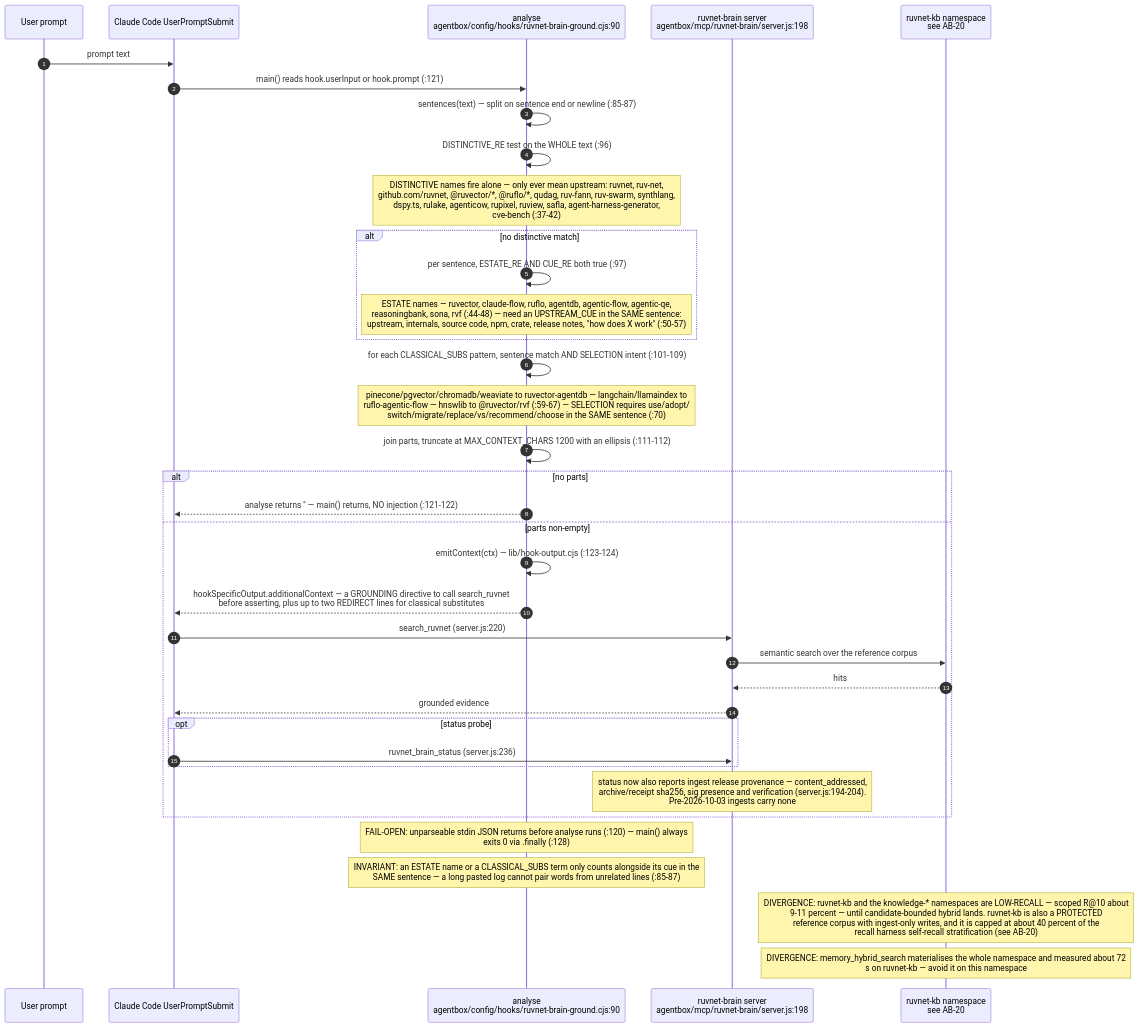
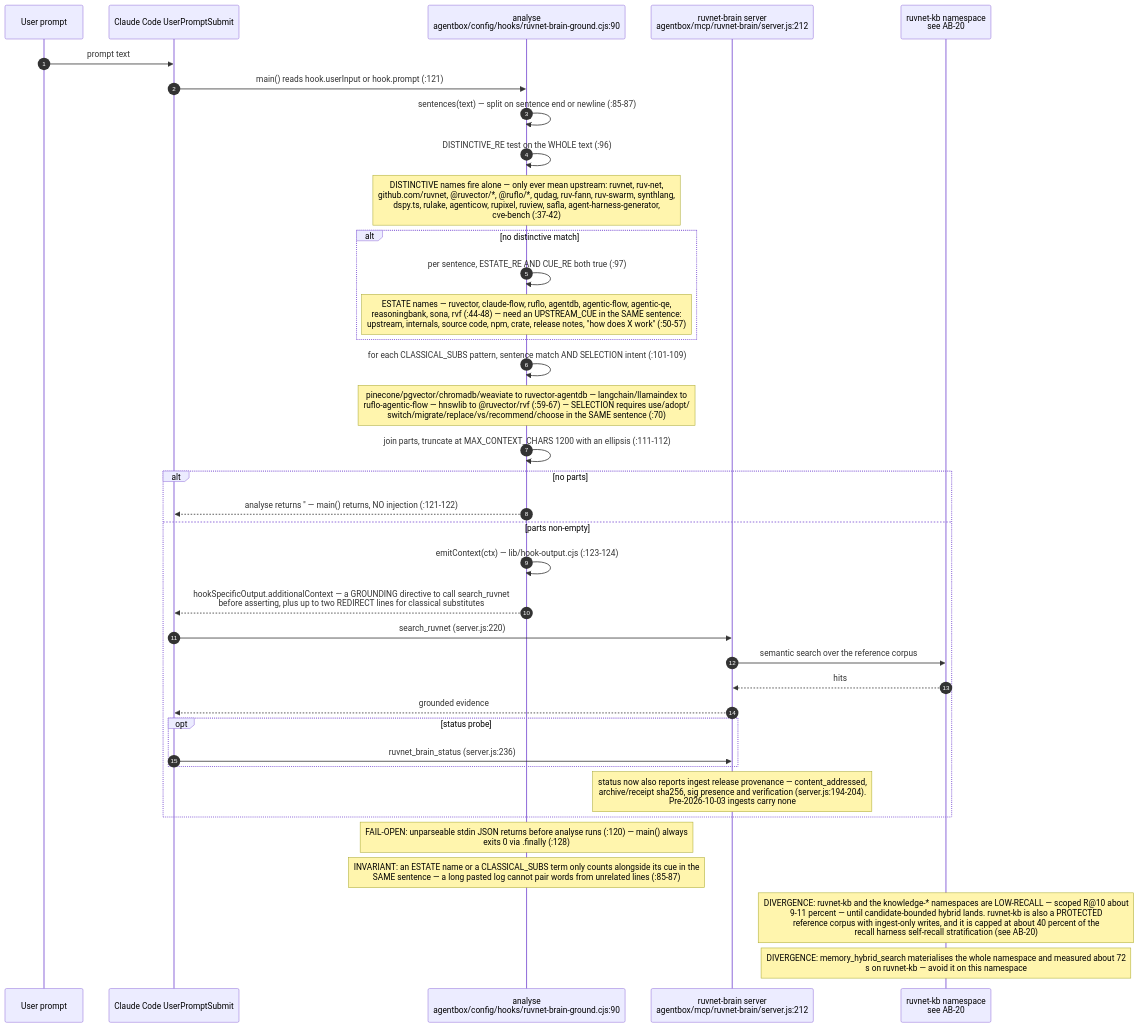
The eighth of 9 diagrams in docs/diagrams/agentbox/26-headroom-beads-spawn-brain.md (DreamLab-AI/VisionFlow), drawn with Mermaid before and after one commit. The commit also changed 39 other files, not shown here.

````diff
--- a/docs/diagrams/agentbox/26-headroom-beads-spawn-brain.md
+++ b/docs/diagrams/agentbox/26-headroom-beads-spawn-brain.md
@@ -324,40 +324,40 @@
 ```mermaid
 sequenceDiagram
     autonumber
     participant U as User prompt
     participant CC as Claude Code UserPromptSubmit
     participant HK as analyse<br/>agentbox/config/hooks/ruvnet-brain-ground.cjs:90
-    participant MCP as ruvnet-brain server<br/>agentbox/mcp/ruvnet-brain/server.js:198
+    participant MCP as ruvnet-brain server<br/>agentbox/mcp/ruvnet-brain/server.js:212
     participant KB as ruvnet-kb namespace<br/>see AB-20
 
     U->>CC: prompt text
     CC->>HK: main() reads hook.userInput or hook.prompt (:121)
     HK->>HK: sentences(text) — split on sentence end or newline (:85-87)
     HK->>HK: DISTINCTIVE_RE test on the WHOLE text (:96)
     Note over HK: DISTINCTIVE names fire alone — only ever mean upstream: ruvnet, ruv-net,<br/>github.com/ruvnet, @ruvector/*, @ruflo/*, qudag, ruv-fann, ruv-swarm, synthlang,<br/>dspy.ts, rulake, agenticow, rupixel, ruview, safla, agent-harness-generator,<br/>cve-bench (:37-42)
     alt no distinctive match
         HK->>HK: per sentence, ESTATE_RE AND CUE_RE both true (:97)
         Note over HK: ESTATE names — ruvector, claude-flow, ruflo, agentdb, agentic-flow, agentic-qe,<br/>reasoningbank, sona, rvf (:44-48) — need an UPSTREAM_CUE in the SAME sentence:<br/>upstream, internals, source code, npm, crate, release notes, "how does X work" (:50-57)
     end
     HK->>HK: for each CLASSICAL_SUBS pattern, sentence match AND SELECTION intent (:101-109)
     Note over HK: pinecone/pgvector/chromadb/weaviate to ruvector-agentdb — langchain/llamaindex to<br/>ruflo-agentic-flow — hnswlib to @ruvector/rvf (:59-67) — SELECTION requires use/adopt/<br/>switch/migrate/replace/vs/recommend/choose in the SAME sentence (:70)
     HK->>HK: join parts, truncate at MAX_CONTEXT_CHARS 1200 with an ellipsis (:111-112)
     alt no parts
         HK-->>CC: analyse returns '' — main() returns, NO injection (:121-122)
     else parts non-empty
         HK->>HK: emitContext(ctx) — lib/hook-output.cjs (:123-124)
         HK-->>CC: hookSpecificOutput.additionalContext — a GROUNDING directive to call search_ruvnet<br/>before asserting, plus up to two REDIRECT lines for classical substitutes
         CC->>MCP: search_ruvnet (server.js:220)
         MCP->>KB: semantic search over the reference corpus
         KB-->>MCP: hits
         MCP-->>CC: grounded evidence
         opt status probe
             CC->>MCP: ruvnet_brain_status (server.js:236)
         end
         Note over MCP: status now also reports ingest release provenance — content_addressed,<br/>archive/receipt sha256, sig presence and verification (server.js:194-204).<br/>Pre-2026-10-03 ingests carry none
     end
     Note over HK: FAIL-OPEN: unparseable stdin JSON returns before analyse runs (:120) — main() always<br/>exits 0 via .finally (:128)
     Note over HK: INVARIANT: an ESTATE name or a CLASSICAL_SUBS term only counts alongside its cue in the<br/>SAME sentence — a long pasted log cannot pair words from unrelated lines (:85-87)
     Note over KB: DIVERGENCE: ruvnet-kb and the knowledge-* namespaces are LOW-RECALL — scoped R@10 about<br/>9-11 percent — until candidate-bounded hybrid lands. ruvnet-kb is also a PROTECTED<br/>reference corpus with ingest-only writes, and it is capped at about 40 percent of the<br/>recall harness self-recall stratification (see AB-20)
     Note over KB: DIVERGENCE: memory_hybrid_search materialises the whole namespace and measured about 72<br/>s on ruvnet-kb — avoid it on this namespace
 ```
````
